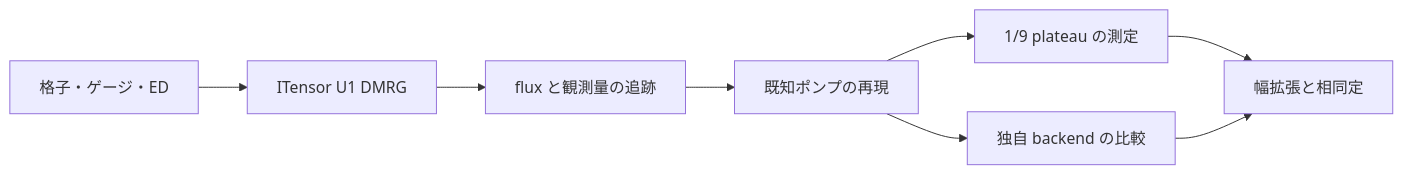
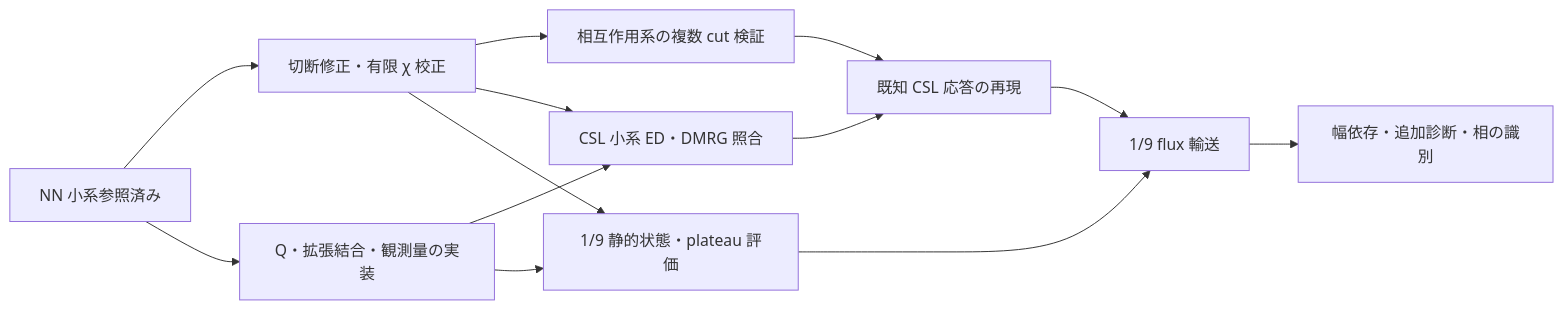
Before and after one commit to MGYamada/KagomeDMRG.jl: the diagram in ROADMAP.md, drawn with Mermaid. The commit also changed other lines of this file and 35 other files, not shown here.

````diff
--- a/ROADMAP.md
+++ b/ROADMAP.md
@@ -90,10 +217,15 @@
 ```mermaid
 flowchart LR
-  P0[格子・ゲージ・ED] --> P1[ITensor U1 DMRG]
-  P1 --> P2[flux と観測量の追跡]
-  P2 --> P3[既知ポンプの再現]
-  P3 --> P4[1/9 plateau の測定]
-  P3 --> P5[独自 backend の比較]
-  P4 --> P6[幅拡張と相同定]
-  P5 --> P6
+  P0[NN 小系参照済み] --> P1[切断修正・有限 χ 校正]
+  P0 --> API[Q・拡張結合・観測量の実装]
+  P1 --> P2[相互作用系の複数 cut 検証]
+  API --> P3a[CSL 小系 ED・DMRG 照合]
+  P1 --> P3a
+  P2 --> P3b[既知 CSL 応答の再現]
+  P3a --> P3b
+  P1 --> P4a[1/9 静的状態・plateau 評価]
+  API --> P4a
+  P3b --> P4b[1/9 flux 輸送]
+  P4a --> P4b
+  P4b --> P6[幅依存・追加診断・相の識別]
 ```
````
